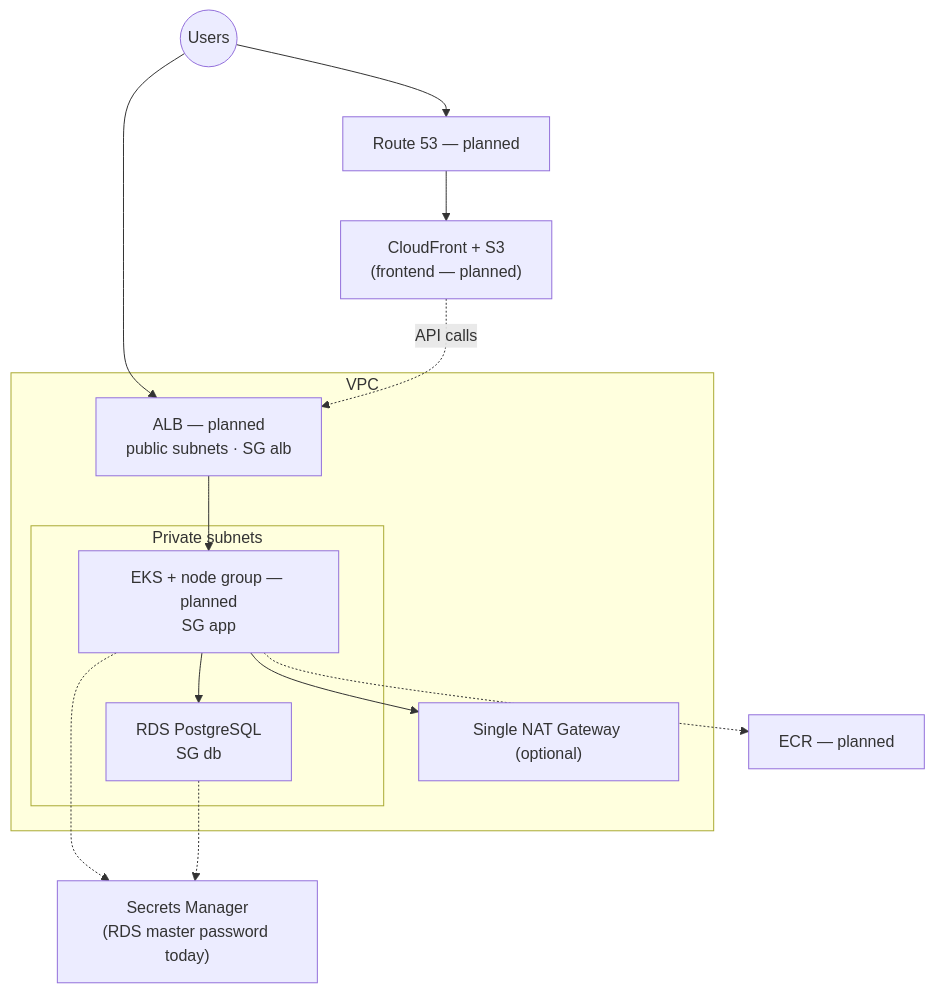
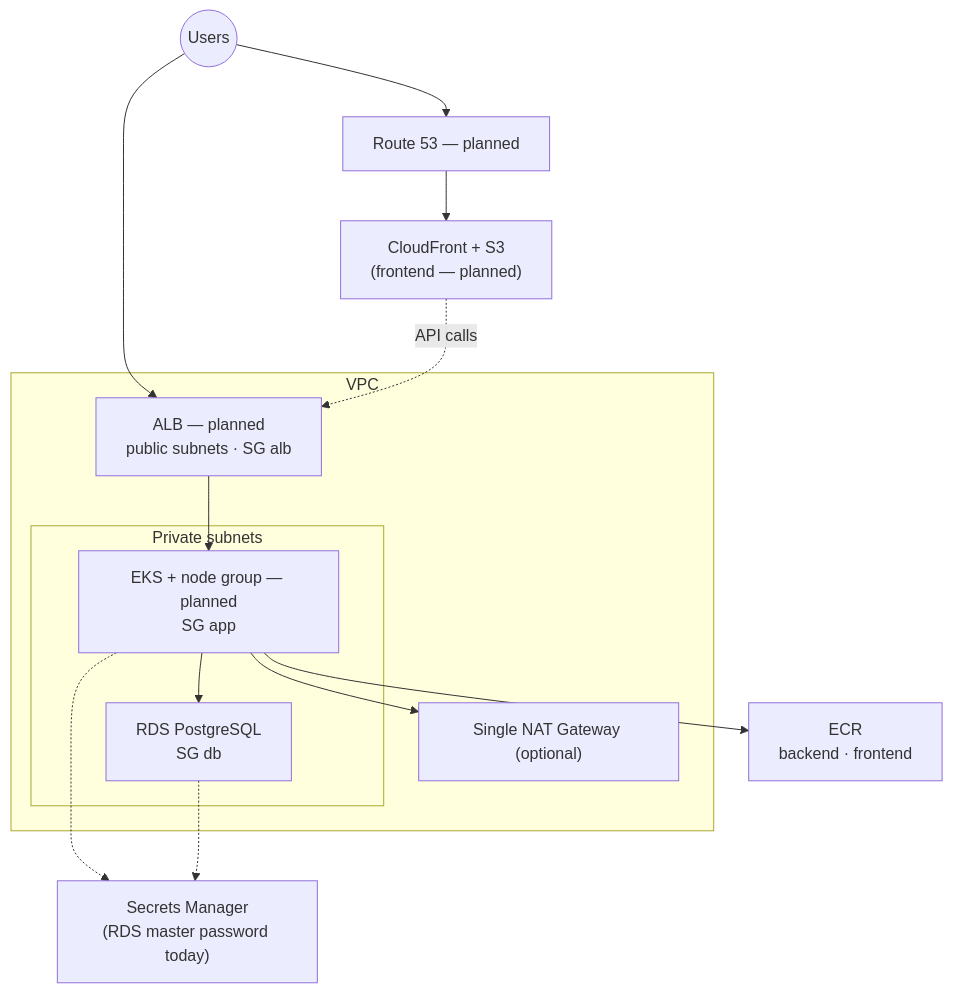
The fifth of 6 diagrams in docs/architecture.md (mazarsju/teacher-wang-infra), drawn with Mermaid before and after one commit. The commit also changed other lines of this file and 5 other files, not shown here.

Commit message:
Prepare ECR for both the frontend and the backend

````diff
--- a/docs/architecture.md
+++ b/docs/architecture.md
@@ -120,33 +132,33 @@
 ```mermaid
 flowchart TB
   Users((Users))
 
   CF["CloudFront + S3<br/>(frontend — planned)"]
   R53["Route 53 — planned"]
 
   Users --> R53
   R53 --> CF
   Users --> ALB
 
   subgraph VPC["VPC"]
     ALB["ALB — planned<br/>public subnets · SG alb"]
 
     subgraph Private["Private subnets"]
       EKS["EKS + node group — planned<br/>SG app"]
       RDS["RDS PostgreSQL<br/>SG db"]
     end
 
     NAT["Single NAT Gateway (optional)"]
   end
 
-  ECR["ECR — planned"]
+  ECR["ECR<br/>backend · frontend"]
   SM["Secrets Manager<br/>(RDS master password today)"]
 
   ALB --> EKS
   EKS --> RDS
   EKS --> NAT
-  EKS -.-> ECR
+  EKS --> ECR
   EKS -.-> SM
   RDS -.-> SM
   CF -.->|API calls| ALB
 ```
````
